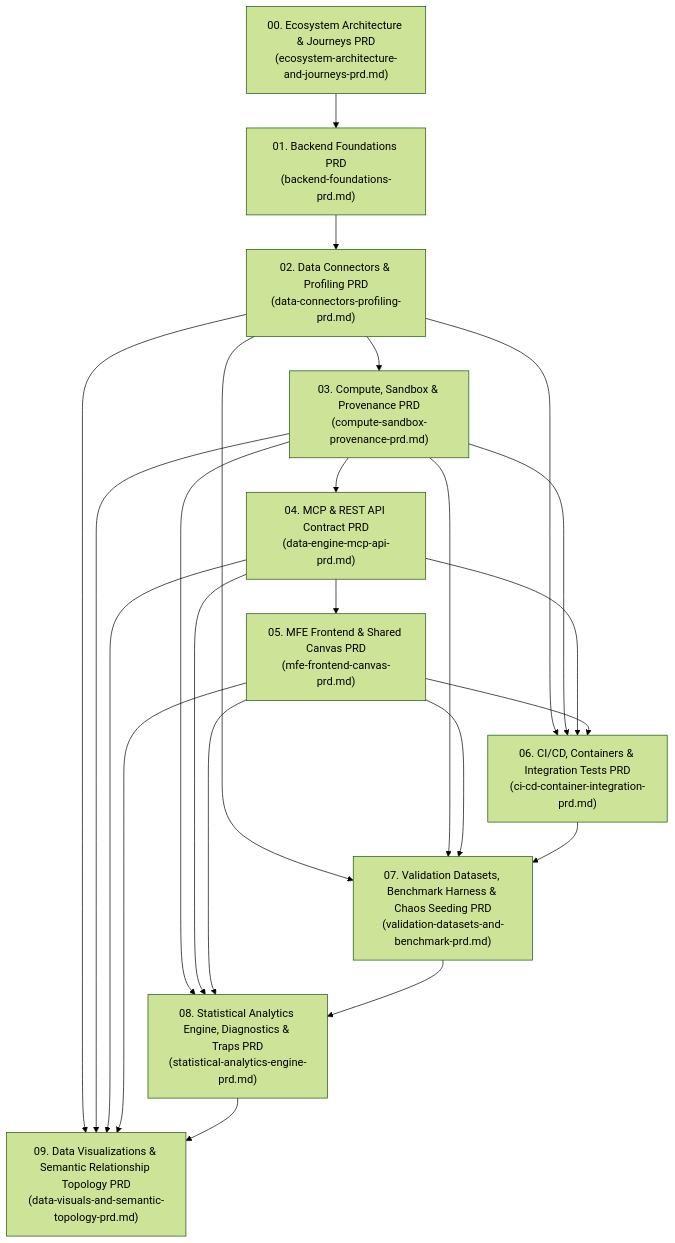
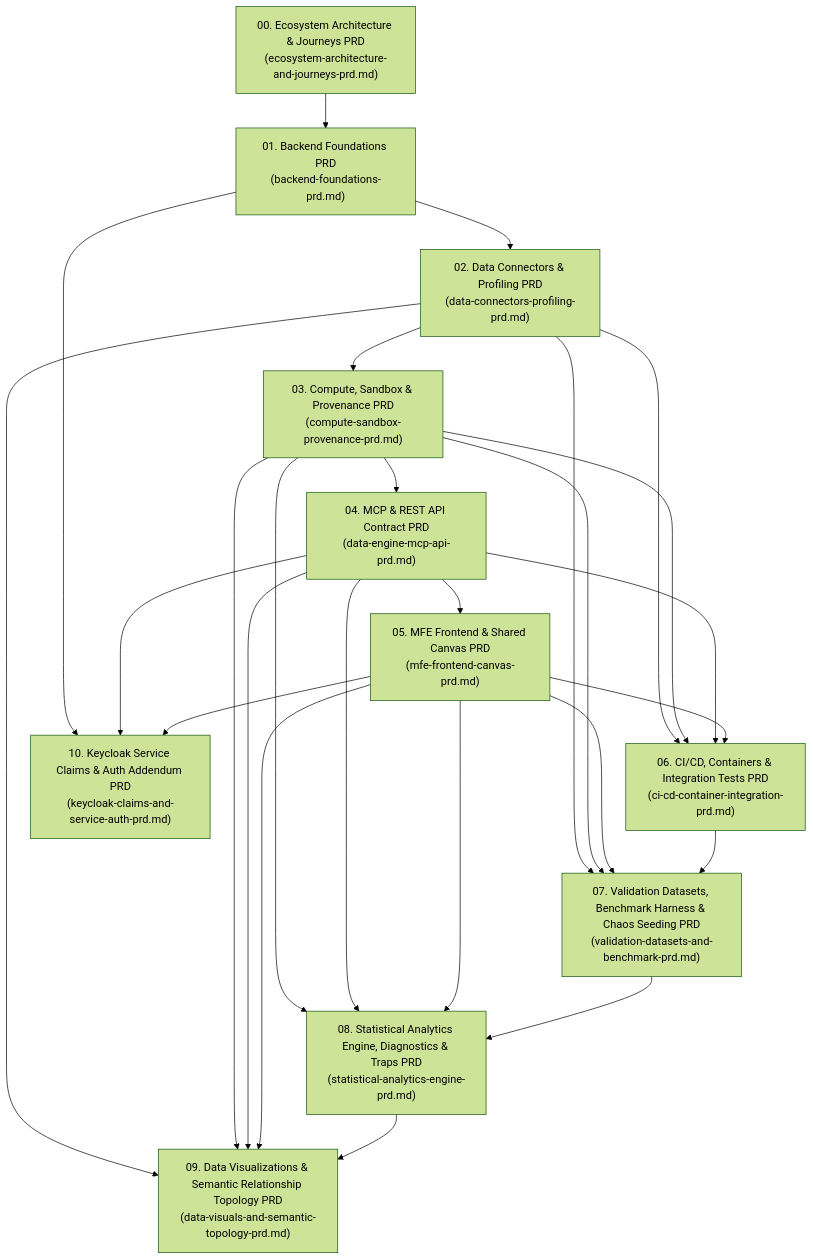
Before and after one commit to PolecatWorks/data-engine: the diagram in spec/prds/README.md, drawn with Mermaid (forest theme). The commit also changed other lines of this file and 1 other file, not shown here.

Commit message:
docs(prd): reference canonical Mfe-shell Keycloak auth pattern PRD

````diff
--- a/spec/prds/README.md
+++ b/spec/prds/README.md
@@ -9,12 +9,13 @@
 ```mermaid
 flowchart TD
     ECO["00. Ecosystem Architecture & Journeys PRD\n(ecosystem-architecture-and-journeys-prd.md)"] --> A["01. Backend Foundations PRD\n(backend-foundations-prd.md)"]
     A --> B["02. Data Connectors & Profiling PRD\n(data-connectors-profiling-prd.md)"]
     B --> C["03. Compute, Sandbox & Provenance PRD\n(compute-sandbox-provenance-prd.md)"]
     C --> D["04. MCP & REST API Contract PRD\n(data-engine-mcp-api-prd.md)"]
     D --> E["05. MFE Frontend & Shared Canvas PRD\n(mfe-frontend-canvas-prd.md)"]
     B & C & D & E --> F["06. CI/CD, Containers & Integration Tests PRD\n(ci-cd-container-integration-prd.md)"]
     B & C & E & F --> G["07. Validation Datasets, Benchmark Harness & Chaos Seeding PRD\n(validation-datasets-and-benchmark-prd.md)"]
     C & D & E & G --> H["08. Statistical Analytics Engine, Diagnostics & Traps PRD\n(statistical-analytics-engine-prd.md)"]
     B & C & D & E & H --> I["09. Data Visualizations & Semantic Relationship Topology PRD\n(data-visuals-and-semantic-topology-prd.md)"]
+    A & D & E --> J["10. Keycloak Service Claims & Auth Addendum PRD\n(keycloak-claims-and-service-auth-prd.md)"]
 ```
````
